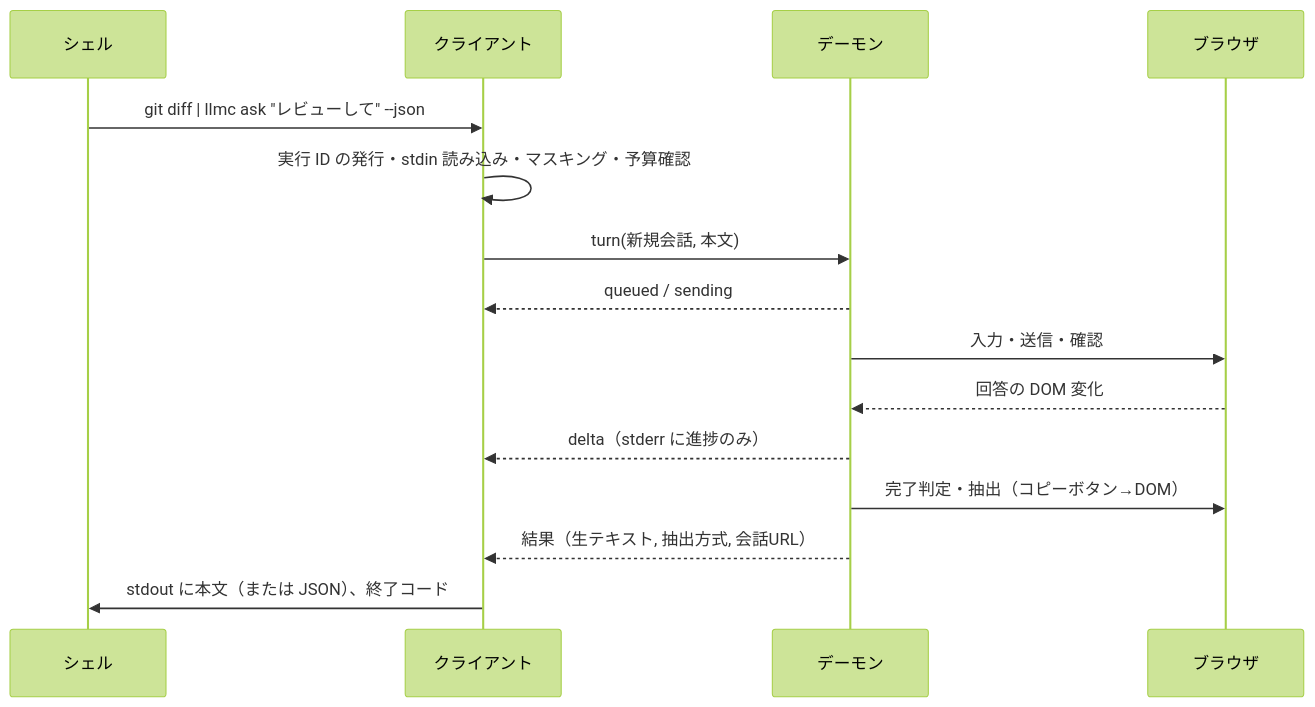
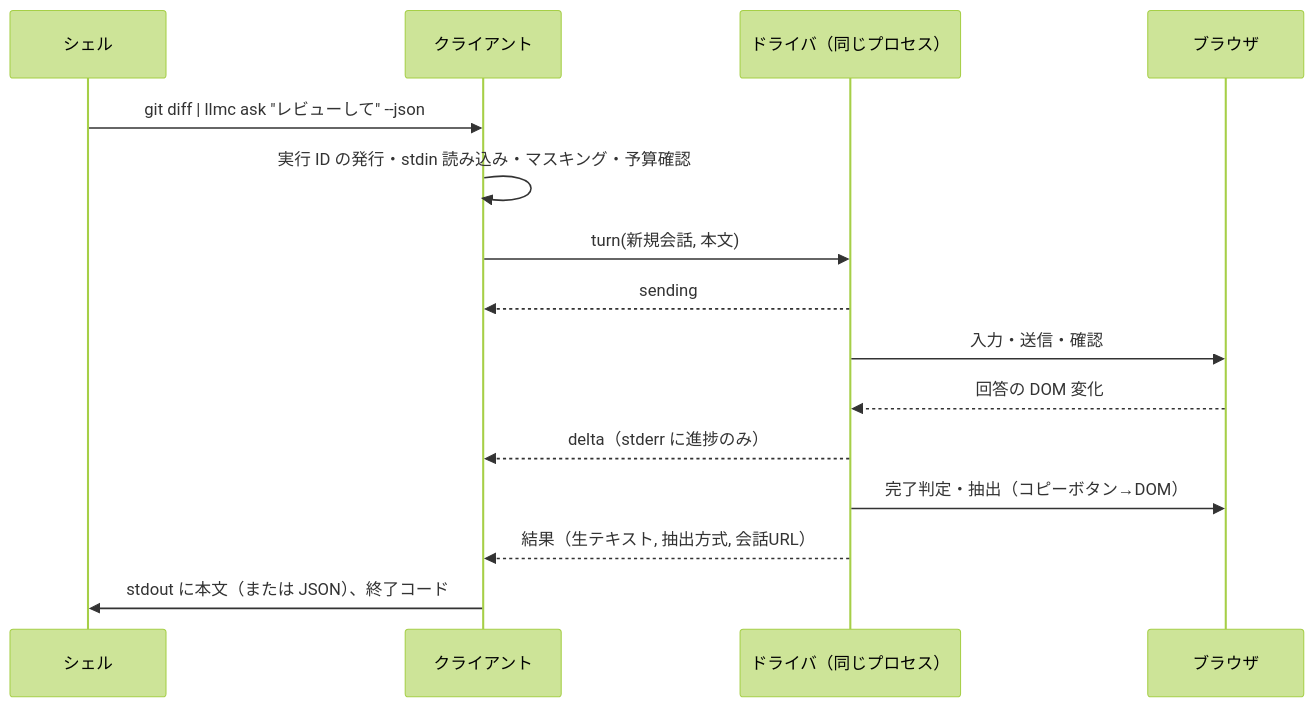
The second of 3 diagrams in docs/architecture.md (ip-sandbox/llmc), drawn with Mermaid (forest theme) before and after one commit. The commit also changed other lines of this file and 11 other files, not shown here.

Commit message:
docs: v1 はデーモンを作らない（plan 前提 19）。同時に動く llmc は 1 つだけ（ミューテックスで 2 つ目を断る）、入口は llmc の 1 つ（引数なしで対話のセッション、サブコマンドで単発）。spec-daemon を spec-runtime に書き換え、デーモンの案は付録 A に残した。RDP では使わない（前提 20）。requirements・architecture・関連の仕様書と PoC-8 の手順を合わせた

````diff
--- a/docs/architecture.md
+++ b/docs/architecture.md
@@ -108,17 +94,17 @@
 ```mermaid
 sequenceDiagram
   participant U as シェル
   participant C as クライアント
-  participant D as デーモン
+  participant D as ドライバ（同じプロセス）
   participant B as ブラウザ
   U->>C: git diff | llmc ask "レビューして" --json
   C->>C: 実行 ID の発行・stdin 読み込み・マスキング・予算確認
   C->>D: turn(新規会話, 本文)
-  D-->>C: queued / sending
+  D-->>C: sending
   D->>B: 入力・送信・確認
   B-->>D: 回答の DOM 変化
   D-->>C: delta（stderr に進捗のみ）
   D->>B: 完了判定・抽出（コピーボタン→DOM）
   D-->>C: 結果（生テキスト, 抽出方式, 会話URL）
   C->>U: stdout に本文（または JSON）、終了コード
 ```
````
